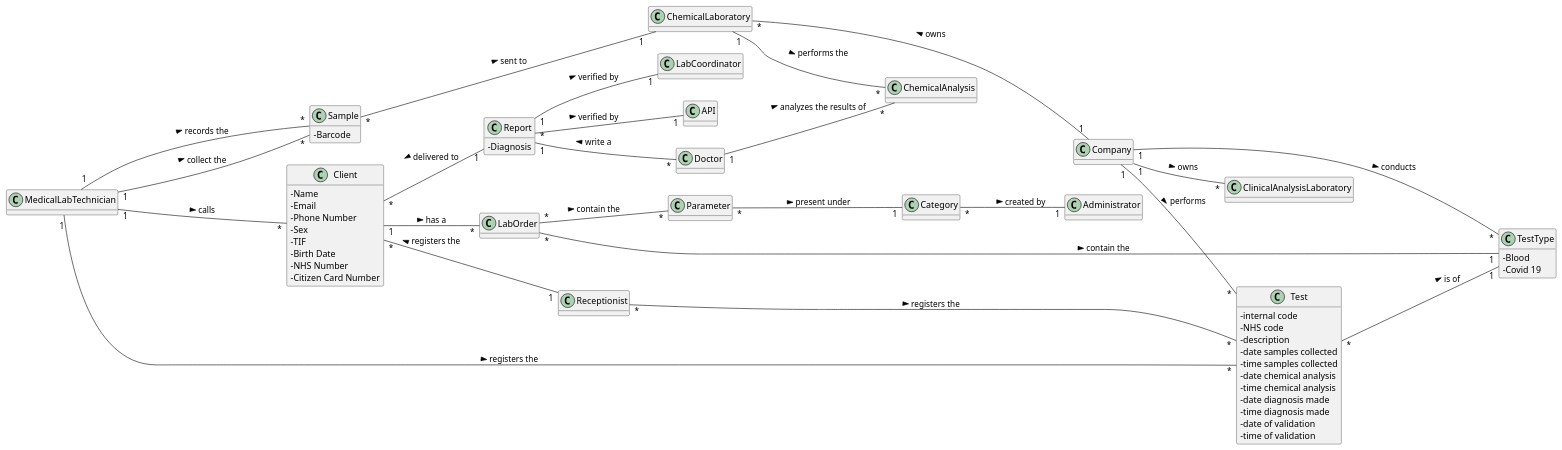
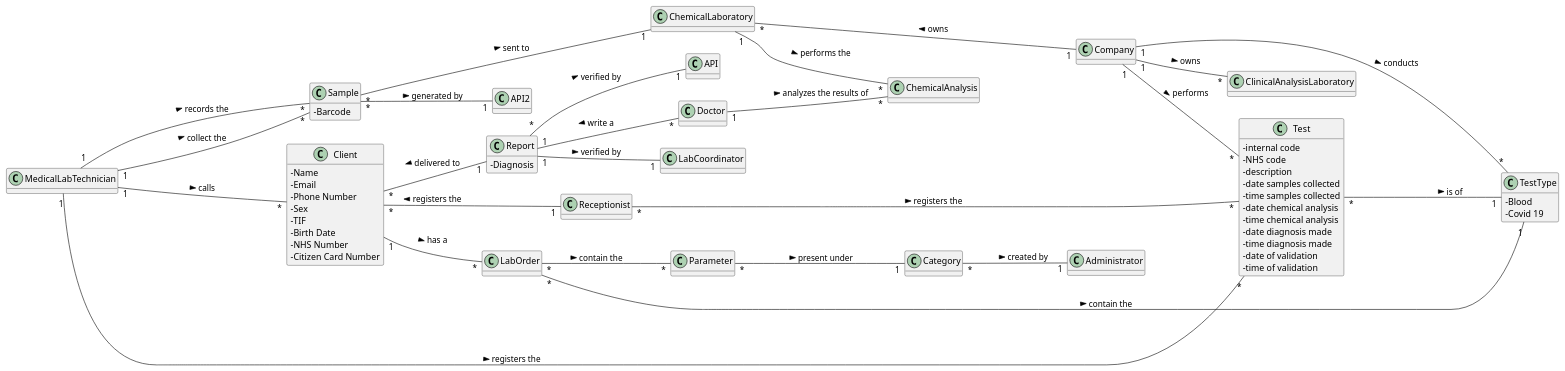
Before and after one commit to manu-07-ela/LAPR2_ISEP: the diagram in docs/SprintA/DM.puml, drawn with PlantUML.

Commit message:
DM update

```diff
--- a/docs/SprintA/DM.puml
+++ b/docs/SprintA/DM.puml
@@ -1,121 +1,122 @@
 @startuml
 'https://plantuml.com/class-diagram
 
 hide methods
 left to right direction
 skinparam classAttributeIconSize 0
 
 class Company {
 
 }
 
 class Receptionist {
 
 }
 
 class Client {
  - Name
  - Email
  - Phone Number
  - Sex
  - TIF
  - Birth Date
  - NHS Number
  - Citizen Card Number
 
 }
 
 class Doctor {
 
 }
 
 class Administrator{
 
 }
 class LabCoordinator{
 }
 
 
 class LabOrder {
 
 }
 
 class Category {
 
 }
 
 class TestType {
 - Blood
 - Covid 19
 }
 
 class Sample {
 - Barcode
 }
 
 class ChemicalLaboratory{
 
 }
 
 class Report {
 -Diagnosis
 
 }
 
 class Test {
 - internal code
 - NHS code
 - description
 - date samples collected
 - time samples collected
 - date chemical analysis
 - time chemical analysis
 - date diagnosis made
 - time diagnosis made
 - date of validation
 - time of validation
 }
 class Parameter {
 
 
 }
 
 
 class MedicalLabTechnician {
 
 }
 
 class ChemicalAnalysis {
 
 }
 
 class ClinicalAnalysisLaboratory{
 
 }
 
 ChemicalLaboratory "*" --- "1" Company: owns <
 Company "1" -- "*" ClinicalAnalysisLaboratory: owns >
 Company "1" -- "*" Test: performs >
 Company "1" -- "*" TestType: conducts >
 Test "*" --- "1" TestType: is of >
 Receptionist "*" -- "*" Test: registers the >
 LabOrder "*" ------ "1" TestType: contain the >
 MedicalLabTechnician "1" -- "*" Test: registers the >
 Client "1" -- "*" LabOrder: has a >
 LabOrder "*" -- "*" Parameter: contain the >
 Client "*" -- "1" Receptionist: registers the <
 MedicalLabTechnician "1" --- "*" Client: calls >
 Client "*" -- "1" Report: delivered to <
 Report "1" -- "*" Doctor: write a <
 Report "*" -- "1" API: verified by >
 Report "1" -- "1" LabCoordinator : verified by >
 Parameter "*" -- "1" Category: present under >
 Category "*" -- "1" Administrator: created by >
 Doctor "1" -- "*" ChemicalAnalysis: analyzes the results of >
 ChemicalLaboratory "1" -- "*" ChemicalAnalysis: performs the >
 MedicalLabTechnician "1" -- "*" Sample: records the >
 MedicalLabTechnician "1" ---- "*" Sample: collect the >
+Sample "*" -- "1" API2: generated by >
 Sample "*" --- "1" ChemicalLaboratory: sent to >
 
 
 @enduml
```
